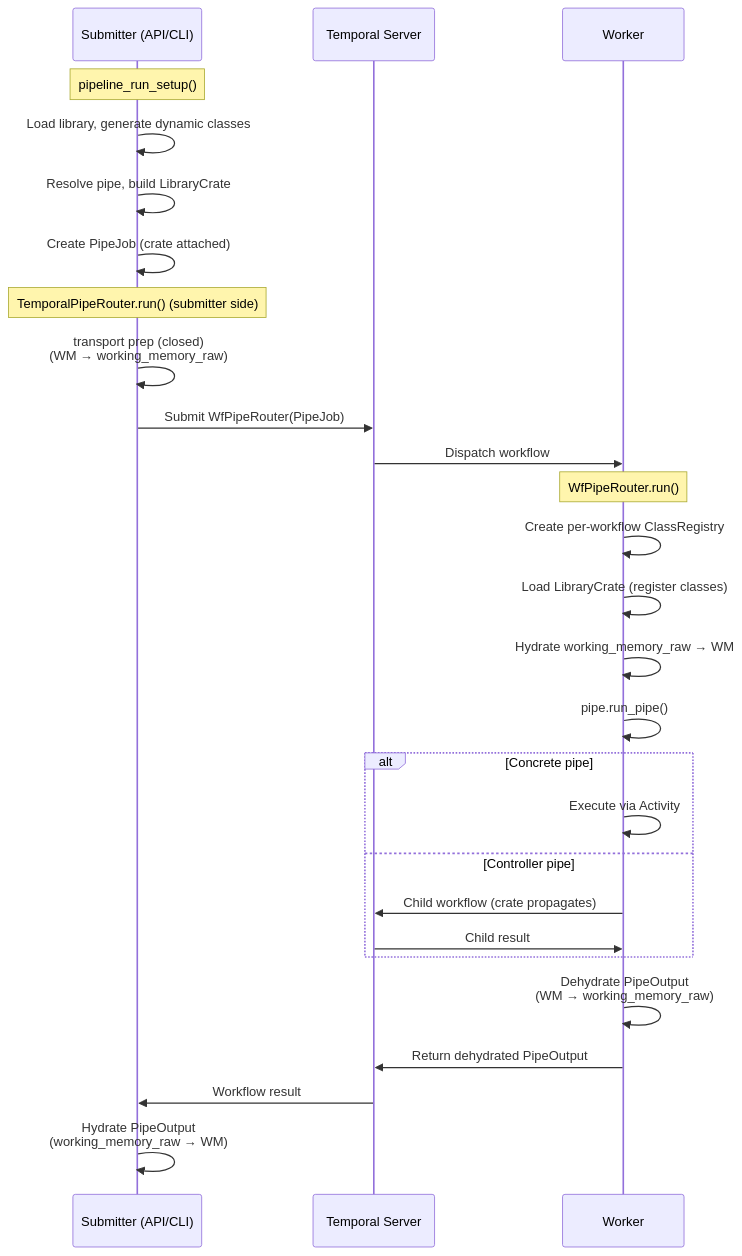
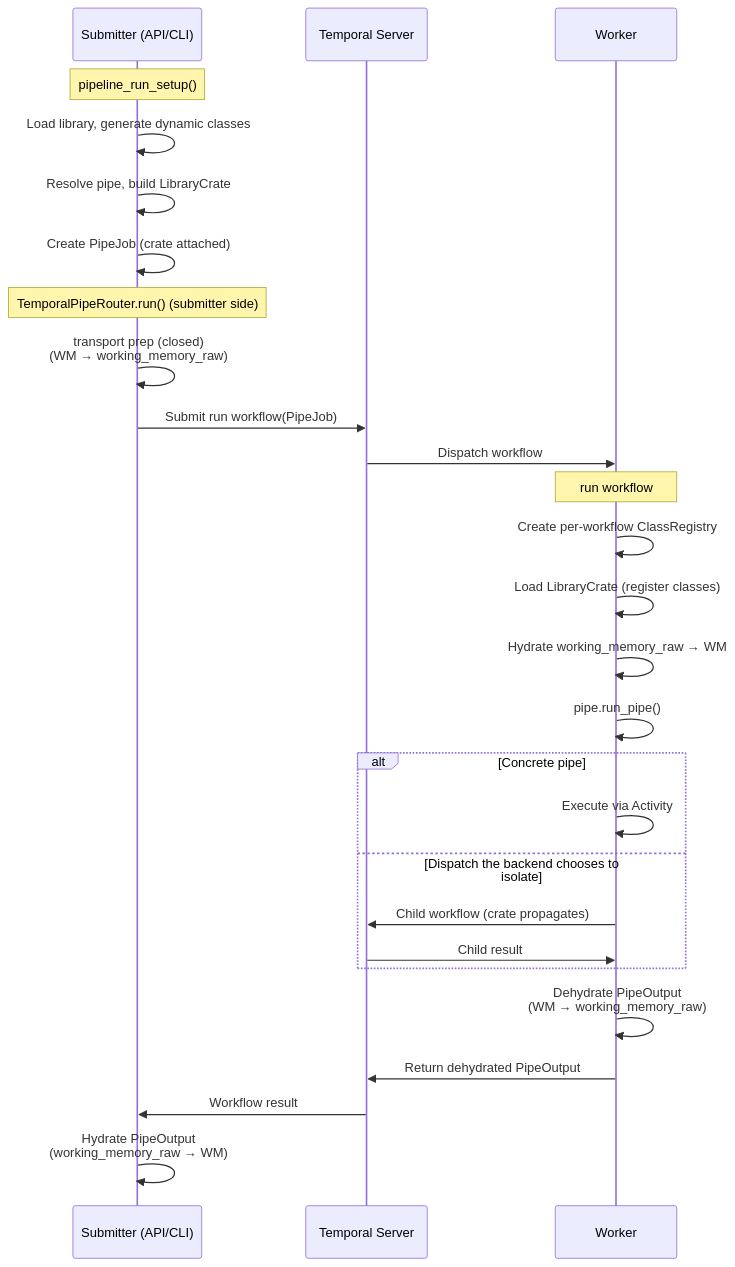
Before and after one commit to Pipelex/pipelex: the first of 2 diagrams in docs/under-the-hood/pipe-routing-and-execution.md, drawn with Mermaid. The commit also changed other lines of this file and 133 other files, not shown here.

````diff
--- a/docs/under-the-hood/pipe-routing-and-execution.md
+++ b/docs/under-the-hood/pipe-routing-and-execution.md
@@ -179,34 +192,34 @@
 ```mermaid
 sequenceDiagram
     participant S as Submitter (API/CLI)
     participant T as Temporal Server
     participant W as Worker
 
     Note over S: pipeline_run_setup()
     S->>S: Load library, generate dynamic classes
     S->>S: Resolve pipe, build LibraryCrate
     S->>S: Create PipeJob (crate attached)
 
     Note over S: TemporalPipeRouter.run() (submitter side)
     S->>S: transport prep (closed)<br/>(WM → working_memory_raw)
-    S->>T: Submit WfPipeRouter(PipeJob)
+    S->>T: Submit run workflow(PipeJob)
     T->>W: Dispatch workflow
 
-    Note over W: WfPipeRouter.run()
+    Note over W: run workflow
     W->>W: Create per-workflow ClassRegistry
     W->>W: Load LibraryCrate (register classes)
     W->>W: Hydrate working_memory_raw → WM
     W->>W: pipe.run_pipe()
 
     alt Concrete pipe
         W->>W: Execute via Activity
-    else Controller pipe
+    else Dispatch the backend chooses to isolate
         W->>T: Child workflow (crate propagates)
         T->>W: Child result
     end
 
     W->>W: Dehydrate PipeOutput<br/>(WM → working_memory_raw)
     W->>T: Return dehydrated PipeOutput
     T->>S: Workflow result
     S->>S: Hydrate PipeOutput<br/>(working_memory_raw → WM)
 ```
````
